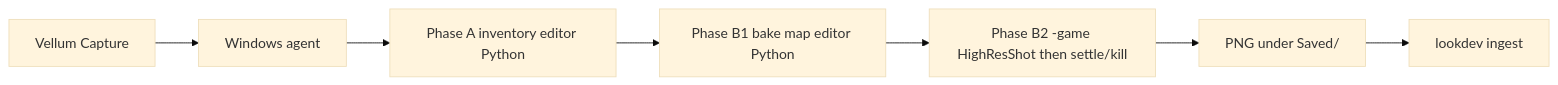
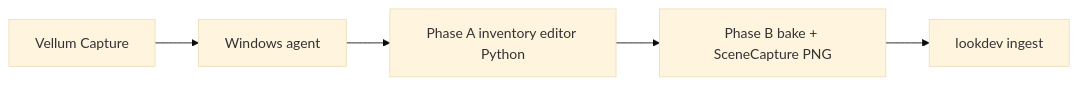
Before and after one commit to AptlyClever/vellum: the diagram in docs/scratch-inspect-niagara.md, drawn with Mermaid (base theme). The commit also changed other lines of this file and 3 other files, not shown here.

First line of the commit message:
Replace blank -game HighResShot with editor SceneCapture export.

````diff
--- a/docs/scratch-inspect-niagara.md
+++ b/docs/scratch-inspect-niagara.md
@@ -24,9 +26,7 @@
 ```mermaid
 flowchart LR
   A[Vellum Capture] --> B[Windows agent]
   B --> C[Phase A inventory editor Python]
-  C --> D[Phase B1 bake map editor Python]
-  D --> E["Phase B2 -game HighResShot then settle/kill"]
-  E --> F[PNG under Saved/]
-  F --> G[lookdev ingest]
+  C --> D[Phase B bake + SceneCapture PNG]
+  D --> E[lookdev ingest]
 ```
````
